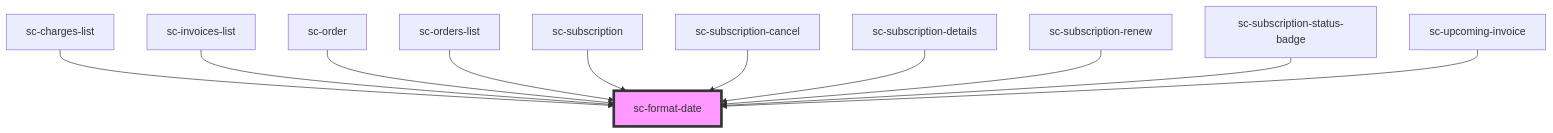
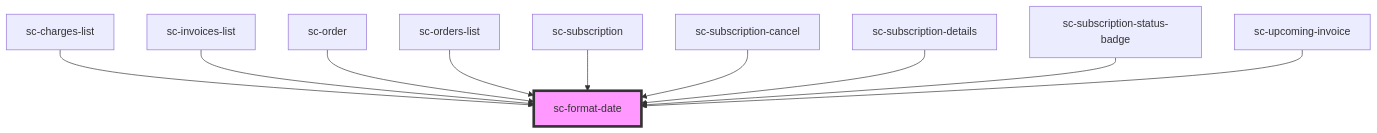
Before and after one commit to surecart/surecart-wp-plugin: the diagram in packages/components/src/components/util/format-date/readme.md, drawn with Mermaid. The commit also changed other lines of this file and 10 other files, not shown here.

````diff
--- a/packages/components/src/components/util/format-date/readme.md
+++ b/packages/components/src/components/util/format-date/readme.md
@@ -44,14 +43,13 @@
 ```mermaid
 graph TD;
   sc-charges-list --> sc-format-date
   sc-invoices-list --> sc-format-date
   sc-order --> sc-format-date
   sc-orders-list --> sc-format-date
   sc-subscription --> sc-format-date
   sc-subscription-cancel --> sc-format-date
   sc-subscription-details --> sc-format-date
-  sc-subscription-renew --> sc-format-date
   sc-subscription-status-badge --> sc-format-date
   sc-upcoming-invoice --> sc-format-date
   style sc-format-date fill:#f9f,stroke:#333,stroke-width:4px
 ```
````
